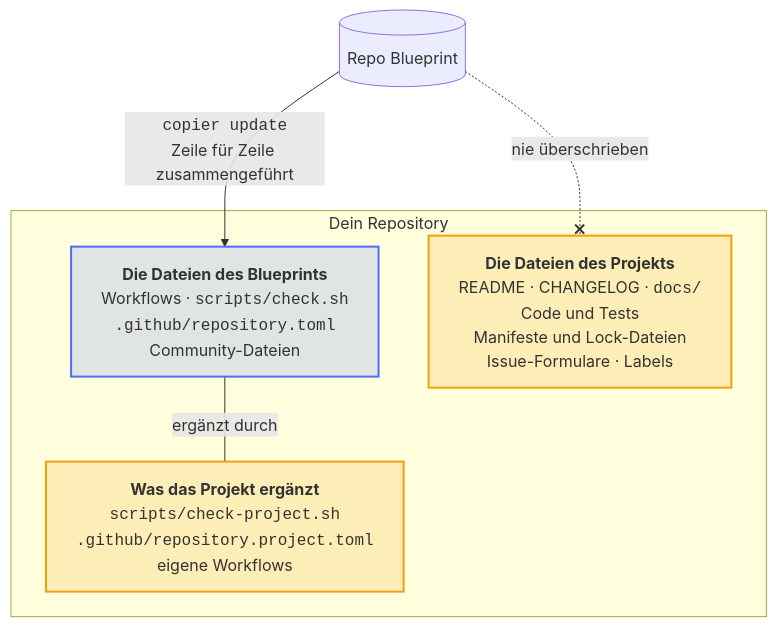
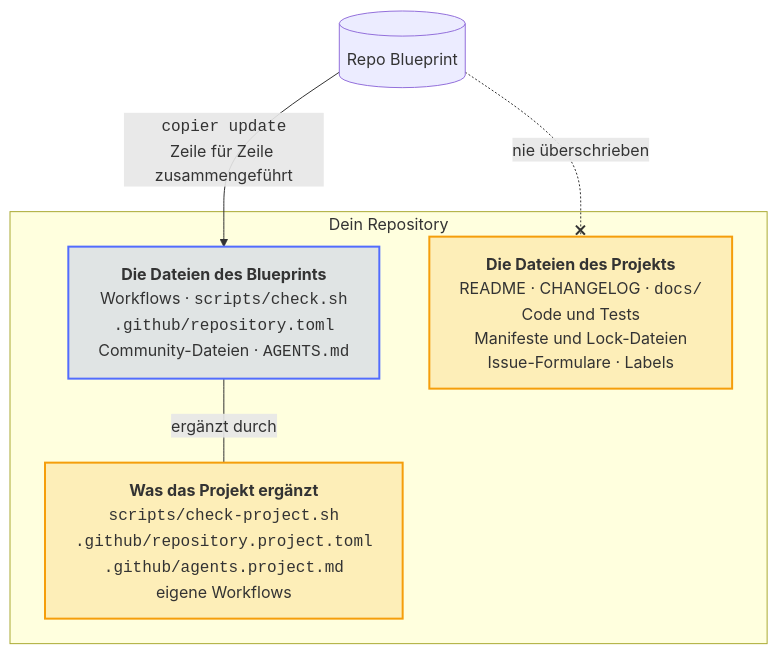
One commit to Dennis-Otto/repo-blueprint changed the eighth of 9 diagrams in README.de.md. Above: the diagram before and after it, drawn with Mermaid. The commit also changed other lines of this file and 17 other files, not shown here.

First line of the commit message:
feat: AGENTS.md for coding agents in every repository

````diff
--- a/README.de.md
+++ b/README.de.md
@@ -380,27 +381,27 @@
 ```mermaid
 ---
 config:
   flowchart:
     wrappingWidth: 400
 ---
 flowchart TB
     accTitle: Was dem Blueprint gehört und was dem Projekt
-    accDescr: copier update bringt die Änderungen der Dateien des Blueprints, Zeile für Zeile mit den Änderungen des Repositorys zusammengeführt, und überschreibt nie die Dateien des Projekts. Ein Projekt ergänzt eigene Prüfungen, Einstellungen und Workflows neben denen des Blueprints.
+    accDescr: copier update bringt die Änderungen der Dateien des Blueprints, Zeile für Zeile mit den Änderungen des Repositorys zusammengeführt, und überschreibt nie die Dateien des Projekts. Ein Projekt ergänzt eigene Prüfungen, Einstellungen, Notizen für Coding-Agents und Workflows neben denen des Blueprints.
 
     blueprint[("Repo Blueprint")]
 
     subgraph repo ["Dein Repository"]
-        theirs["<b>Die Dateien des Blueprints</b><br>Workflows · <code>scripts/check.sh</code><br><code>.github/repository.toml</code><br>Community-Dateien"]
+        theirs["<b>Die Dateien des Blueprints</b><br>Workflows · <code>scripts/check.sh</code><br><code>.github/repository.toml</code><br>Community-Dateien · <code>AGENTS.md</code>"]
         mine["<b>Die Dateien des Projekts</b><br>README · CHANGELOG · <code>docs/</code><br>Code und Tests<br>Manifeste und Lock-Dateien<br>Issue-Formulare · Labels"]
-        adds["<b>Was das Projekt ergänzt</b><br><code>scripts/check-project.sh</code><br><code>.github/repository.project.toml</code><br>eigene Workflows"]
+        adds["<b>Was das Projekt ergänzt</b><br><code>scripts/check-project.sh</code><br><code>.github/repository.project.toml</code><br><code>.github/agents.project.md</code><br>eigene Workflows"]
     end
 
     blueprint -- "<code>copier update</code><br>Zeile für Zeile zusammengeführt" --> theirs
     blueprint -. "nie überschrieben" .-x mine
     theirs -- "ergänzt durch" --- adds
 
     classDef bot fill:#526cfe2e,stroke:#526cfe,stroke-width:2px
     classDef person fill:#f59e0b2e,stroke:#f59e0b,stroke-width:2px
     class theirs bot
     class mine,adds person
 ```
````
